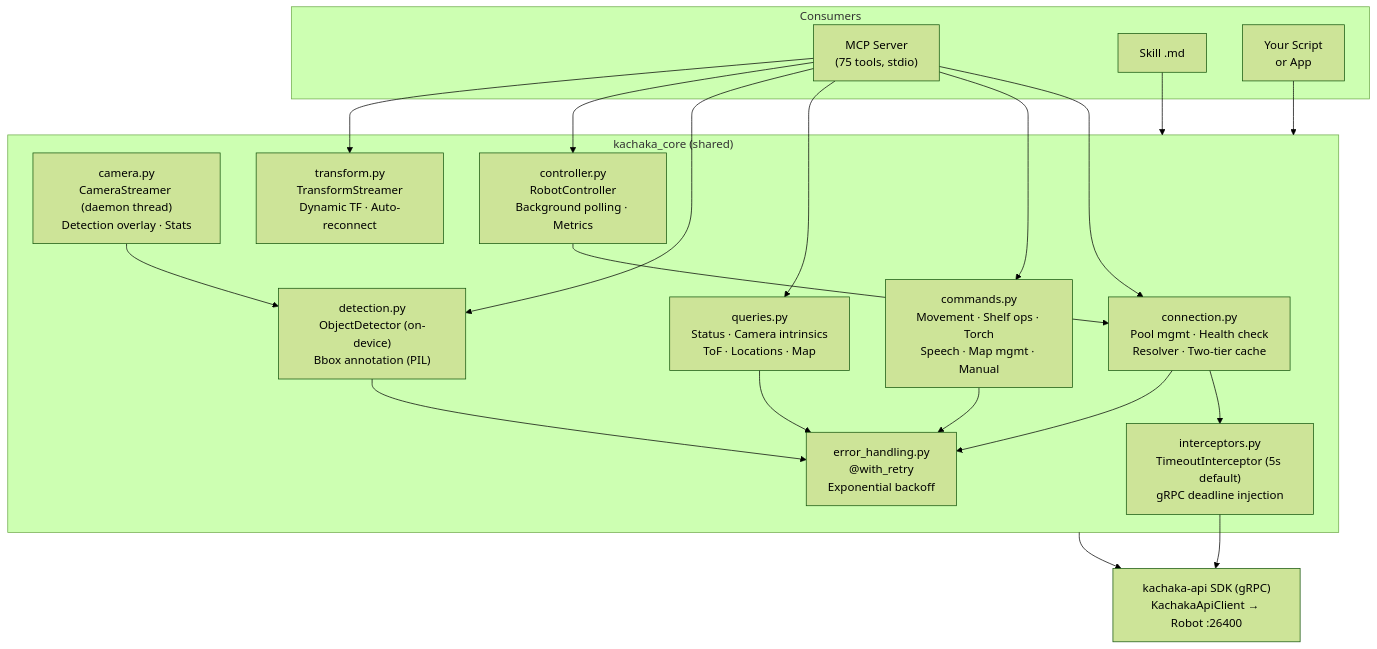
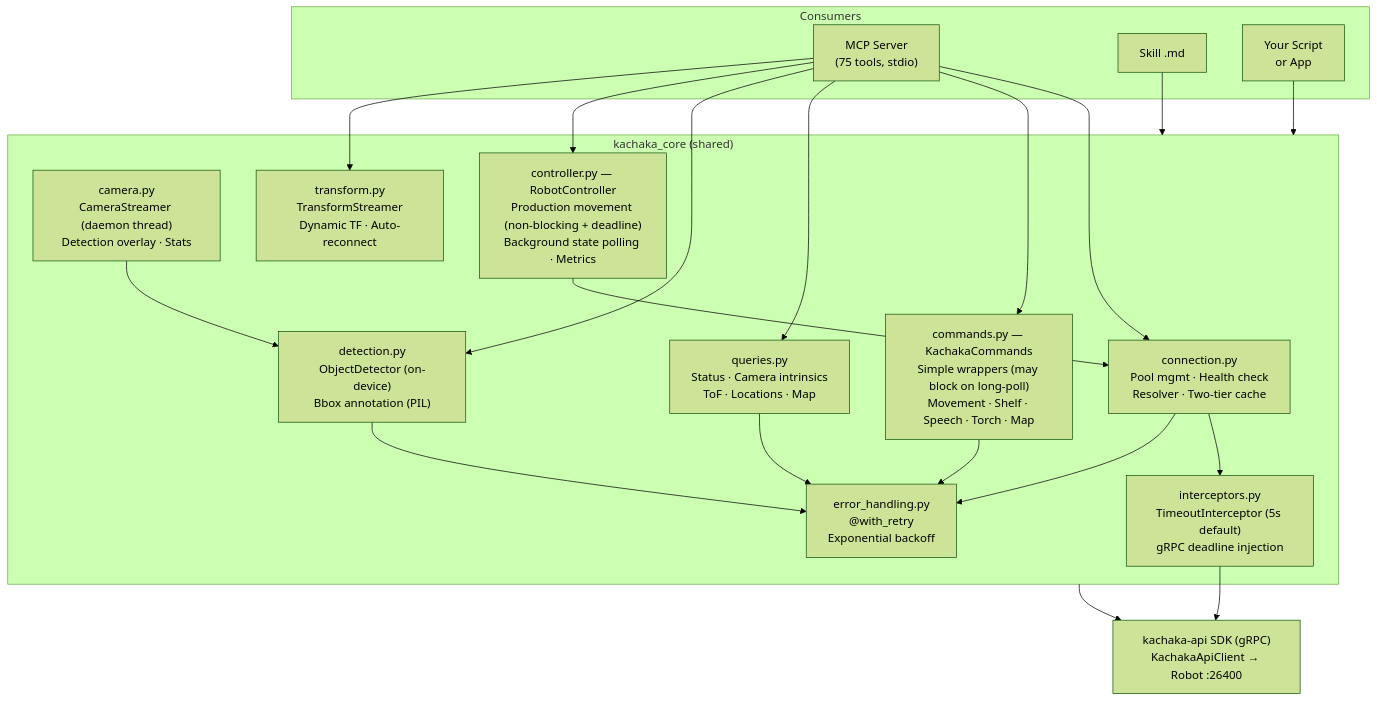
One commit to sigmarobotics/kachaka-sdk-toolkit changed the first of 7 diagrams in README.md. Above: the diagram before and after it, drawn with Mermaid (forest theme). The commit also changed other lines of this file and 5 other files, not shown here.

First line of the commit message:
feat(controller): add free-pose movement APIs; clarify commands vs controller split

````diff
--- a/README.md
+++ b/README.md
@@ -13,40 +13,40 @@
 ```mermaid
 graph TD
     subgraph Consumers
         MCP["MCP Server<br/>(75 tools, stdio)"]
         SKILL["Skill .md"]
         APP["Your Script<br/>or App"]
     end
 
     subgraph kachaka_core["kachaka_core (shared)"]
         CONN["connection.py<br/>Pool mgmt · Health check<br/>Resolver · Two-tier cache"]
         INT["interceptors.py<br/>TimeoutInterceptor (5s default)<br/>gRPC deadline injection"]
-        CMD["commands.py<br/>Movement · Shelf ops · Torch<br/>Speech · Map mgmt · Manual"]
+        CMD["commands.py — KachakaCommands<br/>Simple wrappers (may block on long-poll)<br/>Movement · Shelf · Speech · Torch · Map"]
         QRY["queries.py<br/>Status · Camera intrinsics<br/>ToF · Locations · Map"]
         ERR["error_handling.py<br/>@with_retry<br/>Exponential backoff"]
         CAM["camera.py<br/>CameraStreamer (daemon thread)<br/>Detection overlay · Stats"]
         DET["detection.py<br/>ObjectDetector (on-device)<br/>Bbox annotation (PIL)"]
-        CTRL["controller.py<br/>RobotController<br/>Background polling · Metrics"]
+        CTRL["controller.py — RobotController<br/>Production movement (non-blocking + deadline)<br/>Background state polling · Metrics"]
         TF["transform.py<br/>TransformStreamer<br/>Dynamic TF · Auto-reconnect"]
     end
 
     SDK["kachaka-api SDK (gRPC)<br/>KachakaApiClient → Robot :26400"]
 
     MCP --> CONN
     MCP --> CMD
     MCP --> QRY
     MCP --> DET
     MCP --> CTRL
     MCP --> TF
     SKILL --> kachaka_core
     APP --> kachaka_core
     CONN --> INT
     CONN --> ERR
     CMD --> ERR
     QRY --> ERR
     DET --> ERR
     CTRL --> CONN
     CAM --> DET
     INT --> SDK
     kachaka_core --> SDK
 ```
````
